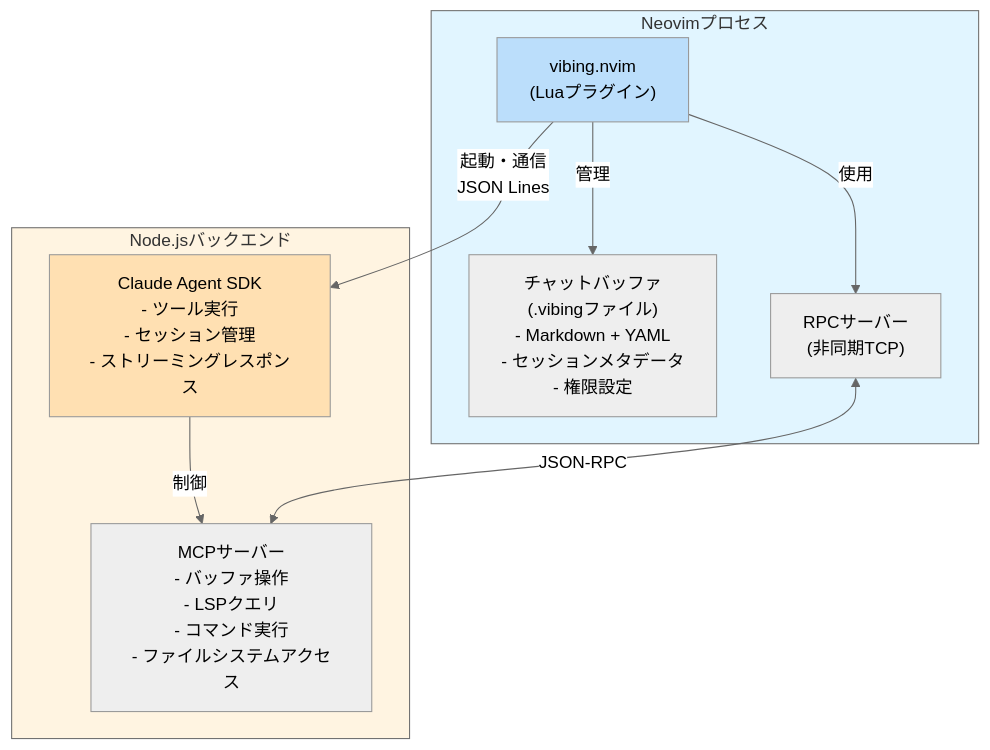
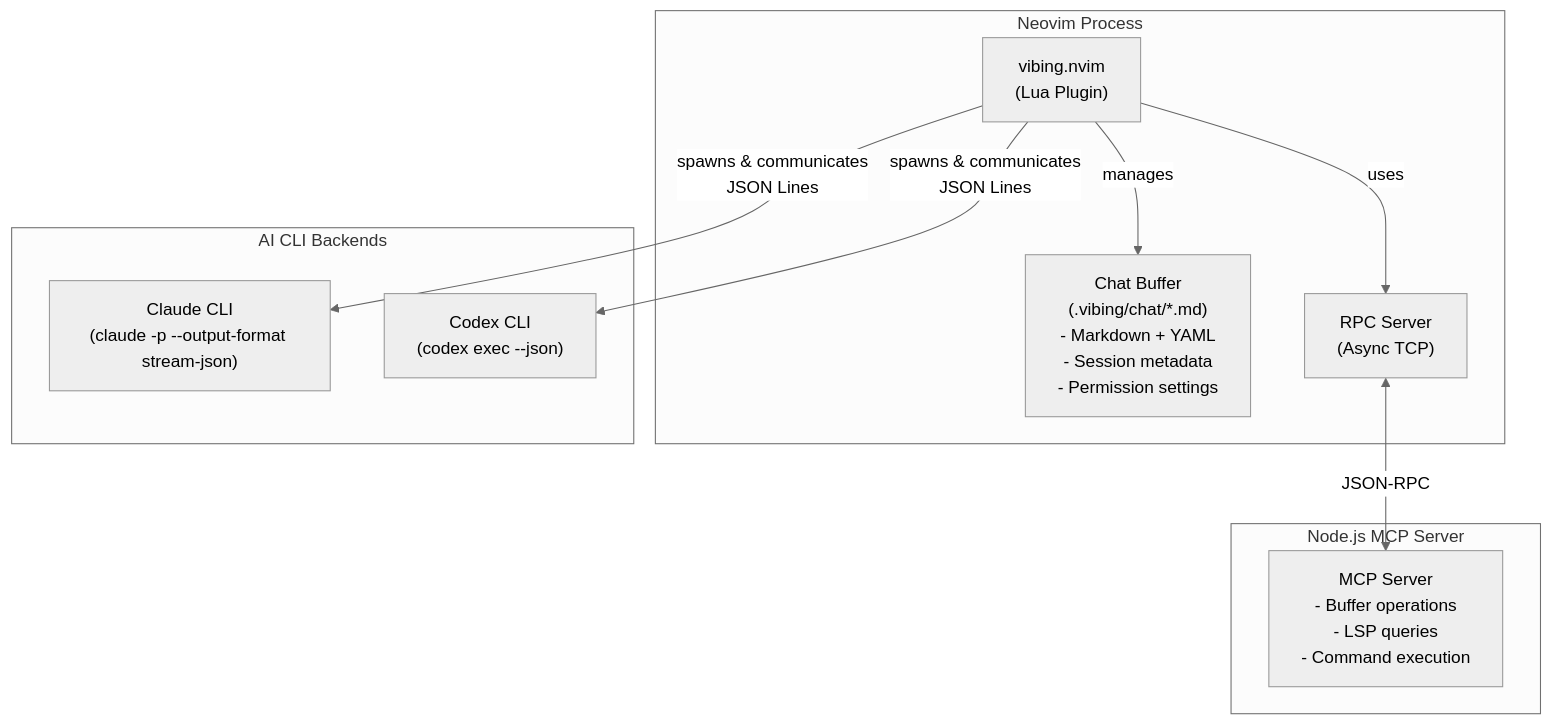
The diagram in README.ja.md (shabaraba/vibing.nvim), drawn with Mermaid (neutral theme) before and after one commit. The commit also changed other lines of this file and 7 other files, not shown here.

````diff
--- a/README.ja.md
+++ b/README.ja.md
@@ -729,26 +307,24 @@
 ```mermaid
 graph TB
-    subgraph Neovim["Neovimプロセス"]
-        Plugin["vibing.nvim<br/>(Luaプラグイン)"]
-        Buffer["チャットバッファ<br/>(.vibingファイル)<br/>- Markdown + YAML<br/>- セッションメタデータ<br/>- 権限設定"]
-        RPC["RPCサーバー<br/>(非同期TCP)"]
+    subgraph Neovim["Neovim Process"]
+        Plugin["vibing.nvim<br/>(Lua Plugin)"]
+        Buffer["Chat Buffer<br/>(.vibing/chat/*.md)<br/>- Markdown + YAML<br/>- Session metadata<br/>- Permission settings"]
+        RPC["RPC Server<br/>(Async TCP)"]
 
-        Plugin -->|管理| Buffer
-        Plugin -->|使用| RPC
+        Plugin -->|manages| Buffer
+        Plugin -->|uses| RPC
     end
 
-    subgraph Backend["Node.jsバックエンド"]
-        SDK["Claude Agent SDK<br/>- ツール実行<br/>- セッション管理<br/>- ストリーミングレスポンス"]
-        MCP["MCPサーバー<br/>- バッファ操作<br/>- LSPクエリ<br/>- コマンド実行<br/>- ファイルシステムアクセス"]
-
-        SDK -->|制御| MCP
+    subgraph MCP["Node.js MCP Server"]
+        MCPServer["MCP Server<br/>- Buffer operations<br/>- LSP queries<br/>- Command execution"]
     end
 
-    RPC <-->|JSON-RPC| MCP
-    Plugin -->|起動・通信<br/>JSON Lines| SDK
+    subgraph AI["AI CLI Backends"]
+        Claude["Claude CLI<br/>(claude -p --output-format stream-json)"]
+        Codex["Codex CLI<br/>(codex exec --json)"]
+    end
 
-    style Neovim fill:#e1f5ff
-    style Backend fill:#fff4e1
-    style Plugin fill:#bbdefb
-    style SDK fill:#ffe0b2
+    RPC <-->|JSON-RPC| MCPServer
+    Plugin -->|spawns & communicates<br/>JSON Lines| Claude
+    Plugin -->|spawns & communicates<br/>JSON Lines| Codex
 ```
````
